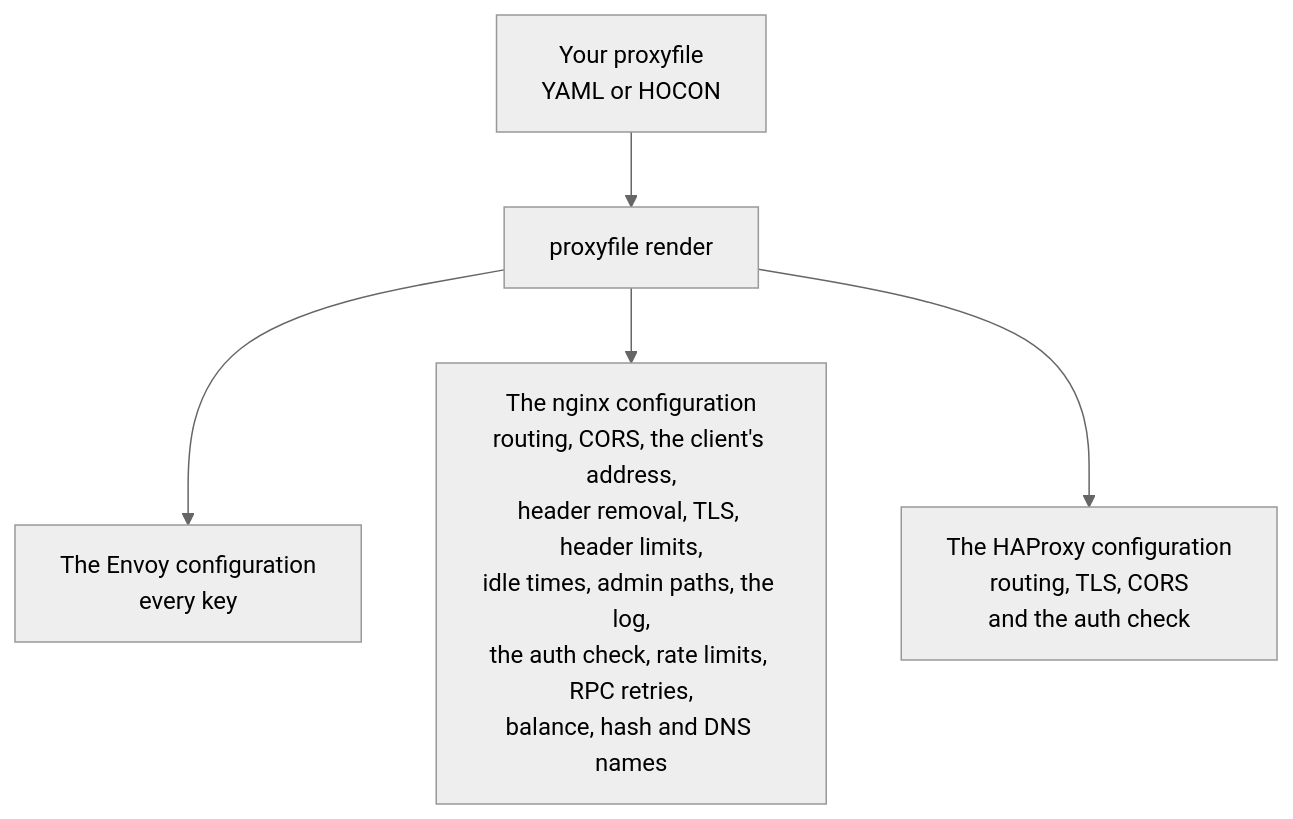
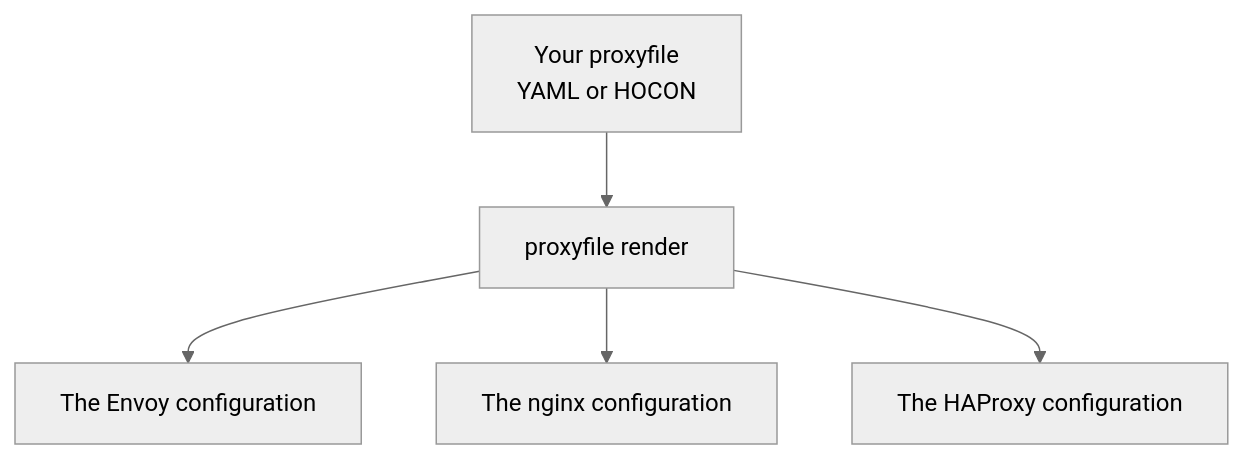
One commit to kitecorp/proxyfile changed the first of 2 diagrams in README.md. Above: the diagram before and after it, drawn with Mermaid (neutral theme). The commit also changed other lines of this file and 1 other file, not shown here.

First line of the commit message:
docs: the README's diagram names each proxy's configuration, and the support table's marks say what nginx and HAProxy write (Part of #25)

````diff
--- a/README.md
+++ b/README.md
@@ -19,7 +17,7 @@
 ```mermaid
 flowchart TB
     source["Your proxyfile<br/>YAML or HOCON"] --> render["proxyfile render"]
-    render --> envoy["The Envoy configuration<br/>every key"]
-    render --> nginx["The nginx configuration<br/>routing, CORS, the client's address,<br/>header removal, TLS, header limits,<br/>idle times, admin paths, the log,<br/>the auth check, rate limits, RPC retries,<br/>balance, hash and DNS names"]
-    render --> haproxy["The HAProxy configuration<br/>routing, TLS, CORS<br/>and the auth check"]
+    render --> envoy["The Envoy configuration"]
+    render --> nginx["The nginx configuration"]
+    render --> haproxy["The HAProxy configuration"]
 ```
````
